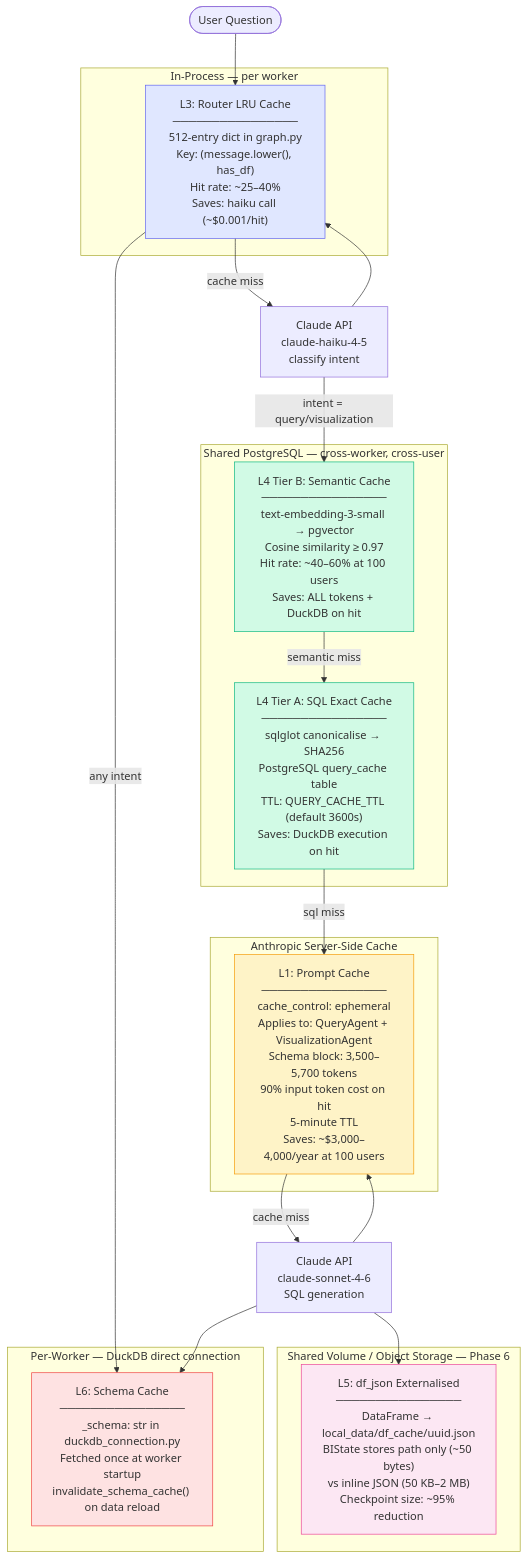
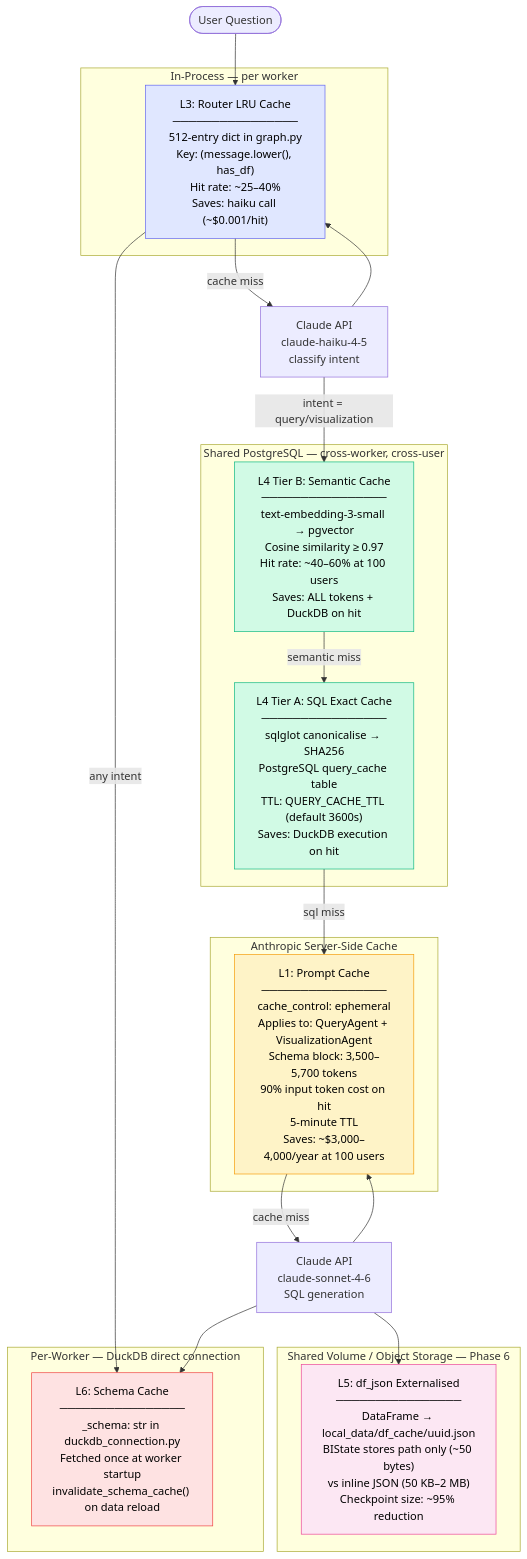
Diagram 11 of 15 in docs/diagrams/diagrams.md (suryapatnaik1/llm-bi-chat-langgraph), drawn with Mermaid before and after one commit. The commit also changed other lines of this file, not shown here.

Commit message:
color changed for diagrams

````diff
--- a/docs/diagrams/diagrams.md
+++ b/docs/diagrams/diagrams.md
@@ -452,48 +455,48 @@
 ```mermaid
 flowchart TD
     UQ([User Question]) --> L3
 
     subgraph InProc["In-Process — per worker"]
         L3["L3: Router LRU Cache<br/>────────────────<br/>512-entry dict in graph.py<br/>Key: (message.lower(), has_df)<br/>Hit rate: ~25–40%<br/>Saves: haiku call (~$0.001/hit)"]
     end
 
     L3 -->|cache miss| RC
     RC["Claude API<br/>claude-haiku-4-5<br/>classify intent"] --> L3
 
     RC -->|"intent = query/visualization"| L4B
 
     subgraph SharedPG["Shared PostgreSQL — cross-worker, cross-user"]
         L4B["L4 Tier B: Semantic Cache<br/>────────────────<br/>text-embedding-3-small → pgvector<br/>Cosine similarity ≥ 0.97<br/>Hit rate: ~40–60% at 100 users<br/>Saves: ALL tokens + DuckDB on hit"]
         L4A["L4 Tier A: SQL Exact Cache<br/>────────────────<br/>sqlglot canonicalise → SHA256<br/>PostgreSQL query_cache table<br/>TTL: QUERY_CACHE_TTL (default 3600s)<br/>Saves: DuckDB execution on hit"]
     end
 
     L4B -->|semantic miss| L4A
     L4A -->|sql miss| L1
 
     subgraph Anthropic["Anthropic Server-Side Cache"]
         L1["L1: Prompt Cache<br/>────────────────<br/>cache_control: ephemeral<br/>Applies to: QueryAgent + VisualizationAgent<br/>Schema block: 3,500–5,700 tokens<br/>90% input token cost on hit<br/>5-minute TTL<br/>Saves: ~$3,000–4,000/year at 100 users"]
     end
 
     L1 -->|cache miss| AC
     AC["Claude API<br/>claude-sonnet-4-6<br/>SQL generation"] --> L1
 
     AC --> L5
 
     subgraph SharedVol["Shared Volume / Object Storage — Phase 6"]
         L5["L5: df_json Externalised<br/>────────────────<br/>DataFrame → local_data/df_cache/uuid.json<br/>BIState stores path only (~50 bytes)<br/>vs inline JSON (50 KB–2 MB)<br/>Checkpoint size: ~95% reduction"]
     end
 
     subgraph PerWorker["Per-Worker — DuckDB direct connection"]
         L6["L6: Schema Cache<br/>────────────────<br/>_schema: str in duckdb_connection.py<br/>Fetched once at worker startup<br/>invalidate_schema_cache() on data reload"]
     end
 
     L3 -->|"any intent"| L6
     AC --> L6
 
-    style L1 fill:#fef3c7,stroke:#f59e0b
-    style L3 fill:#e0e7ff,stroke:#6366f1
-    style L4A fill:#d1fae5,stroke:#10b981
-    style L4B fill:#d1fae5,stroke:#10b981
-    style L5 fill:#fce7f3,stroke:#ec4899
-    style L6 fill:#fee2e2,stroke:#ef4444
+    style L1 fill:#fef3c7,stroke:#f59e0b,color:#000000
+    style L3 fill:#e0e7ff,stroke:#6366f1,color:#000000
+    style L4A fill:#d1fae5,stroke:#10b981,color:#000000
+    style L4B fill:#d1fae5,stroke:#10b981,color:#000000
+    style L5 fill:#fce7f3,stroke:#ec4899,color:#000000
+    style L6 fill:#fee2e2,stroke:#ef4444,color:#000000
 ```
````
